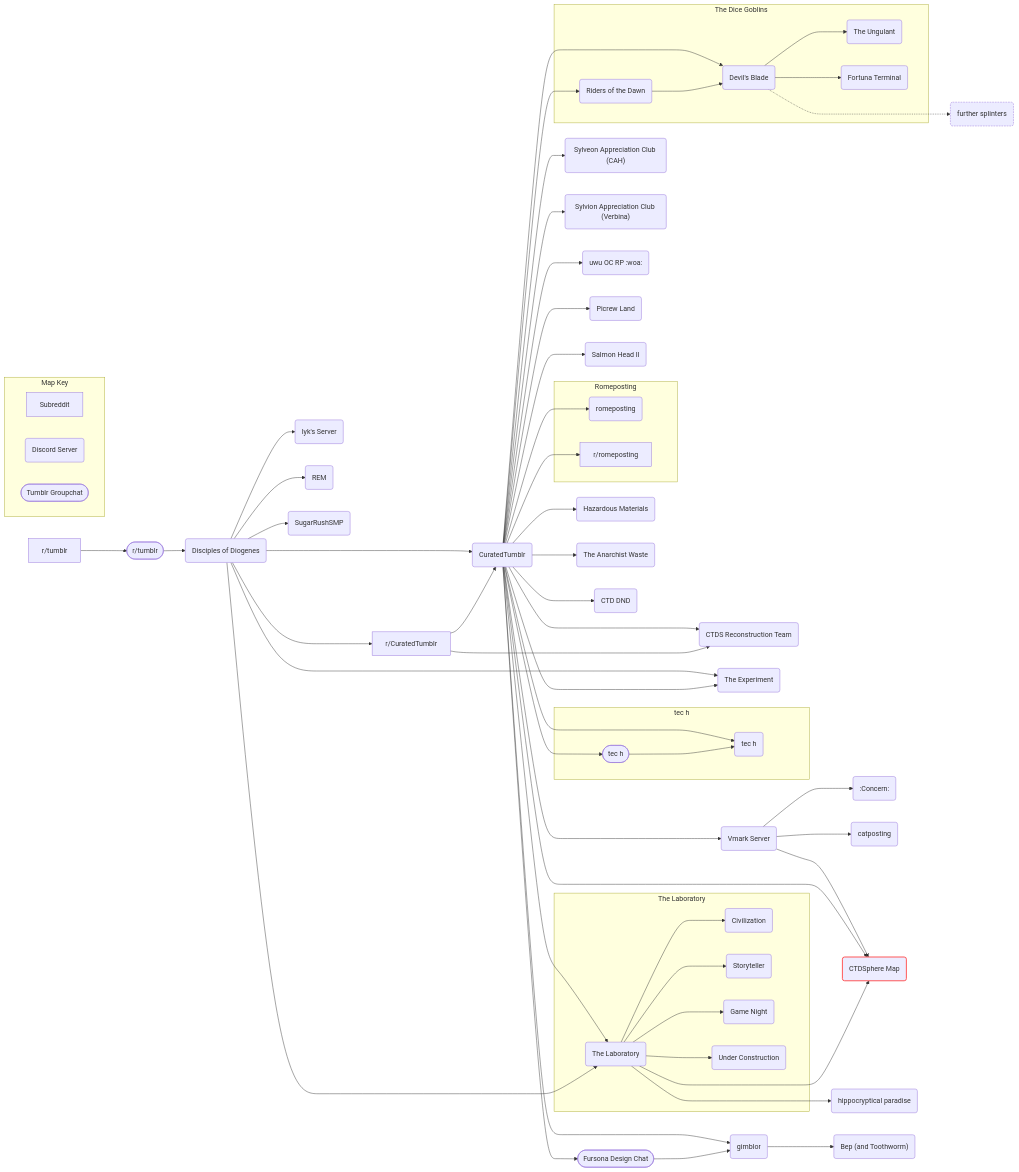
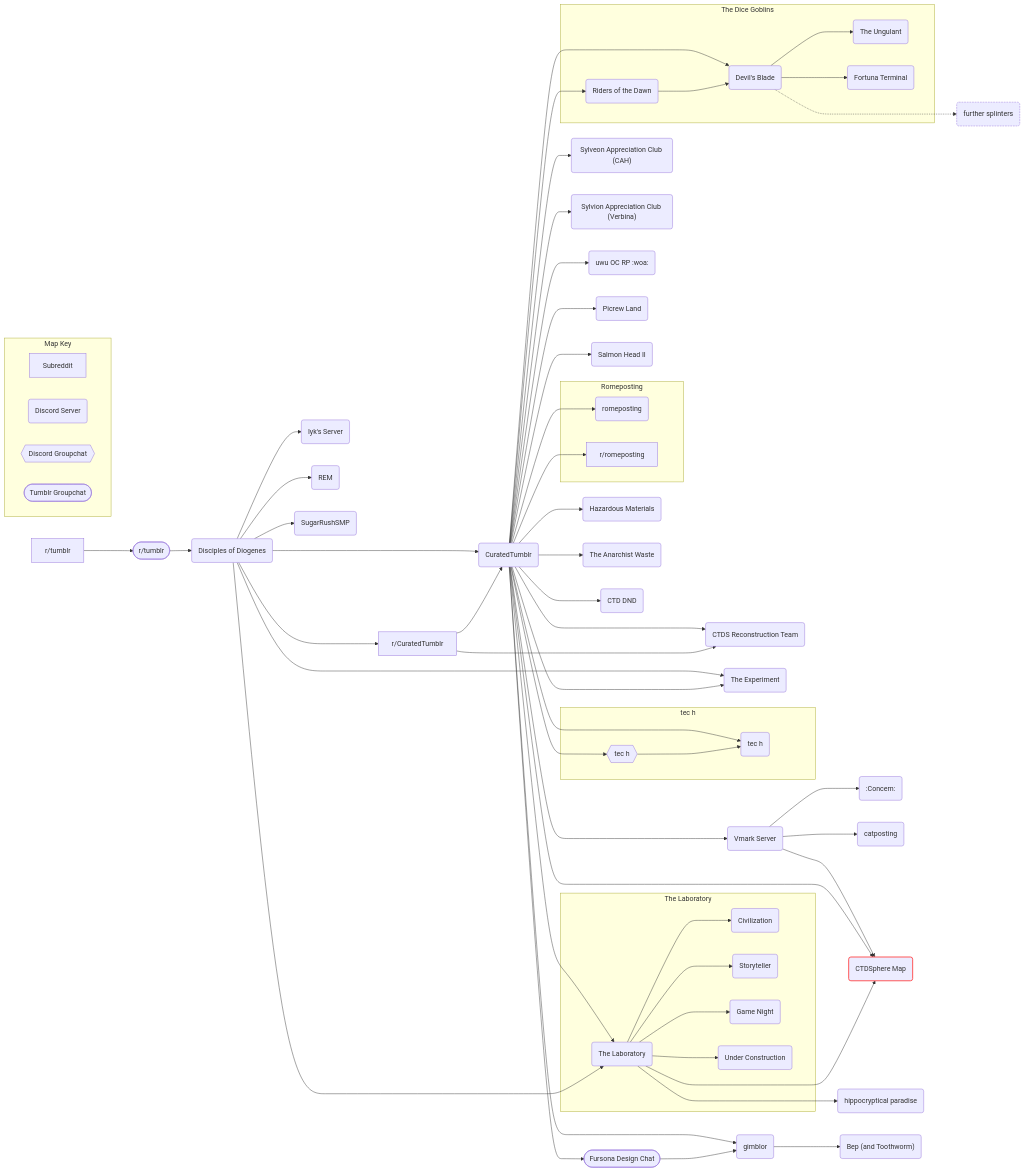
One commit to AnGenericAccount/CTDSphere-Map changed the diagram in Map.md. Above: the diagram before and after it, drawn with Mermaid.

````diff
--- a/Map.md
+++ b/Map.md
@@ -1,69 +1,70 @@
 ```mermaid
 flowchart LR
     tumblr[r/tumblr]-->groupchat([r/tumblr])
     groupchat-->DoD(Disciples of Diogenes)
     DoD--->subreddit[r/CuratedTumblr]
     DoD-->CTDS(CuratedTumblr)
     subreddit-->CTDS
     DoD-->Iyk(Iyk's Server)
     DoD-->REM(REM)
     DoD-->Sugar(SugarRushSMP)
     CTDS--->reconstruction(CTDS Reconstruction Team)
     subreddit-->reconstruction
     CTDS-->lab(The Laboratory)
     DoD-->lab
     subgraph Laboratory [The Laboratory]
         lab-->Civilization(Civilization)
         lab-->Storyteller(Storyteller)
         lab-->Game(Game Night)
         lab-->Construction(Under Construction)
     end
     DoD-->Experiment(The Experiment)
     CTDS--->Experiment
     CTDS-->CAH("Sylveon Appreciation Club (CAH)")
     CTDS-->Verbina("Sylvion Appreciation Club (Verbina)")
     CTDS-->tech(tec h)
-    CTDS-->techchat([tec h])
+    CTDS-->techchat{{tec h}}
     subgraph tec[tec h]
         techchat-->tech
     end
     CTDS-->RP(uwu OC RP :woa:)
     CTDS-->picrew(Picrew Land)
     CTDS-->salmon(Salmon Head II)
     CTDS-->Vmark(Vmark Server)
     Vmark-->concern(:Concern:)
     Vmark-->catposting(catposting)
     Vmark-->sphere("CTDSphere Map")
     style sphere stroke:#f44,stroke-width:2px
     CTDS-->sphere
     lab--->sphere
     lab--->hippo(hippocryptical paradise)
     CTDS-->gimblor(gimblor)
     CTDS-->fursona([Fursona Design Chat])
     fursona-->gimblor
     gimblor-->bep("Bep (and Toothworm)")
     subgraph Romeposting
         rome(romeposting)
         romesub[r/romeposting]
     end
     CTDS-->rome
     CTDS-->romesub
     CTDS-->hazard(Hazardous Materials)
     CTDS-->anarchist(The Anarchist Waste)
     CTDS-->DND(CTD DND)
     CTDS-->dawn(Riders of the Dawn)
     CTDS-->blade(Devil's Blade)
     subgraph riders[The Dice Goblins]
         dawn-->blade
         blade-->ungulant(The Ungulant)
         blade-->terminal(Fortuna Terminal)   
     end
     blade-..->further(further splinters)
     style further stroke-dasharray:4 2
     subgraph Key [Map Key]
         direction LR
         sub[Subreddit]
         discord(Discord Server)
-        chat([Tumblr Groupchat])
+        chat{{Discord Groupchat}}
+        group([Tumblr Groupchat])
     end
 ```
````
